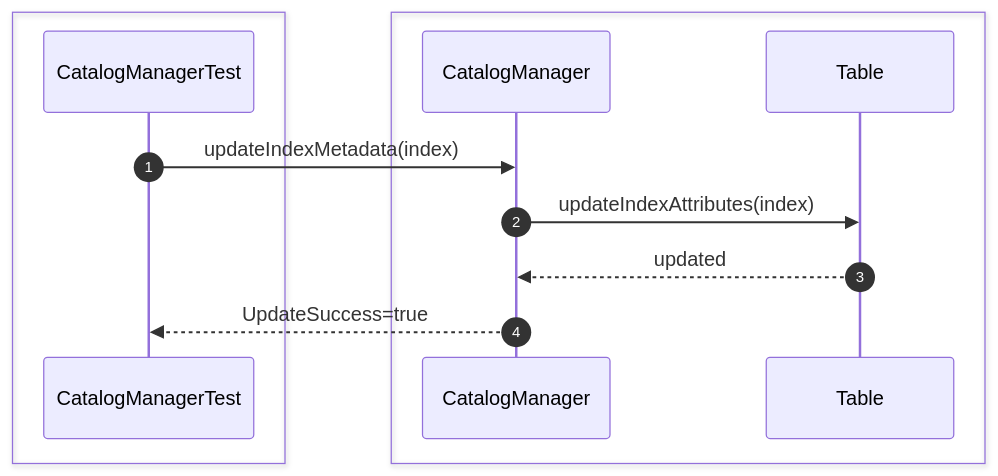
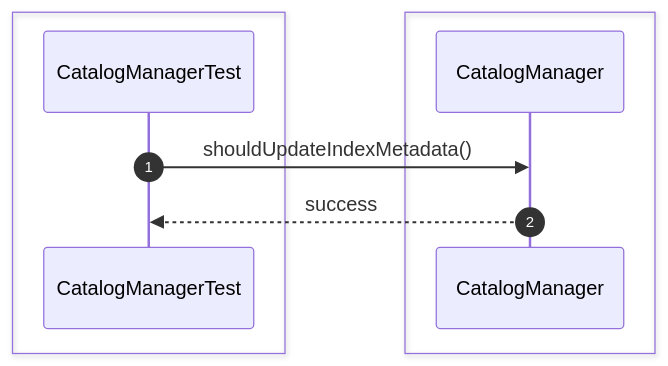
Diagram 14 of 28 in src/sequence/catalog.md (Huy1801214/dbms-architecture), drawn with Mermaid before and after one commit. The commit also changed other lines of this file and 68 other files, not shown here.

Commit message:
implement comprehensive unit test suite and architectural sequence documentation

````diff
--- a/src/sequence/catalog.md
+++ b/src/sequence/catalog.md
@@ -305,19 +201,13 @@
 ```mermaid
 sequenceDiagram
     autonumber
     box #e1f5fe Test Suite
     participant Test as CatalogManagerTest
     end
-    box #e8f5e9 Catalog Objects
-    participant Catalog as CatalogManager
-    participant Tbl as Table
+    box #e8f5e9 CatalogManager Component
+    participant CM as CatalogManager
     end
 
-    Test->>Catalog: updateIndexMetadata(index)
-
-    Catalog->>Tbl: updateIndexAttributes(index)
-
-    Tbl-->>Catalog: updated
-
-    Catalog-->>Test: UpdateSuccess=true
+    Test->>CM: shouldUpdateIndexMetadata()
+    CM-->>Test: success
 ```
````
